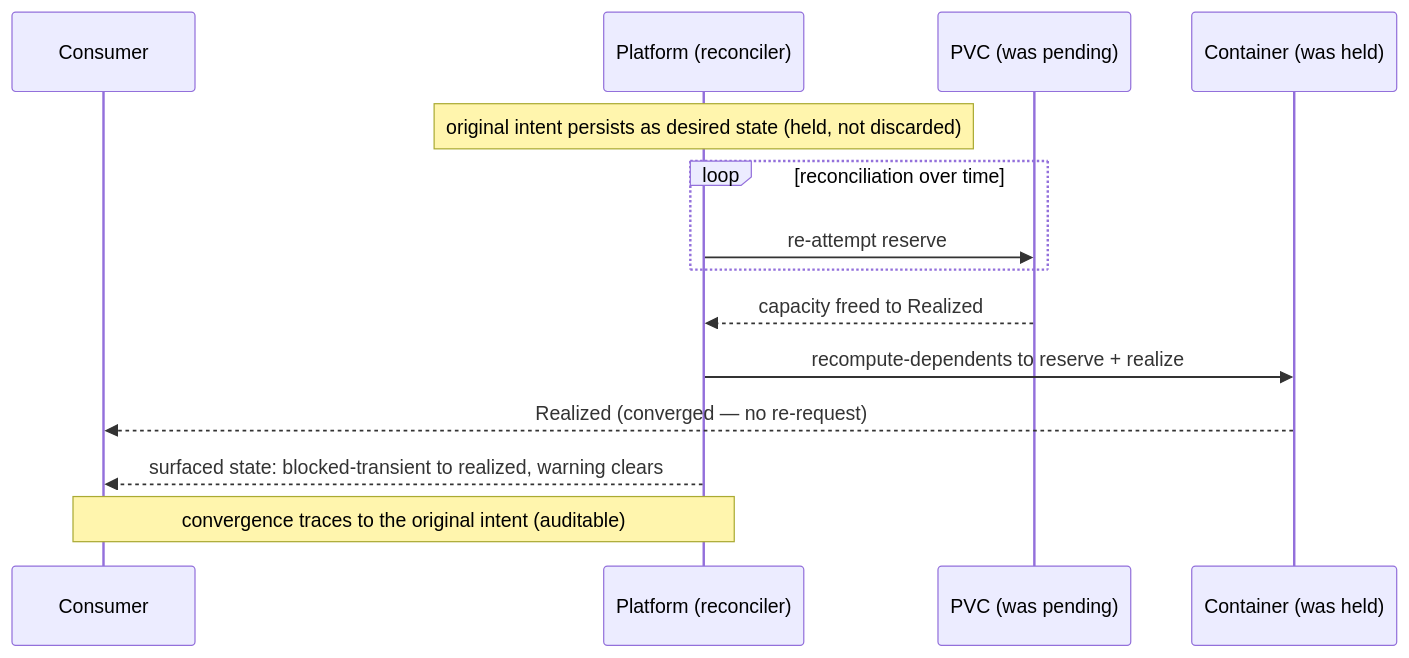
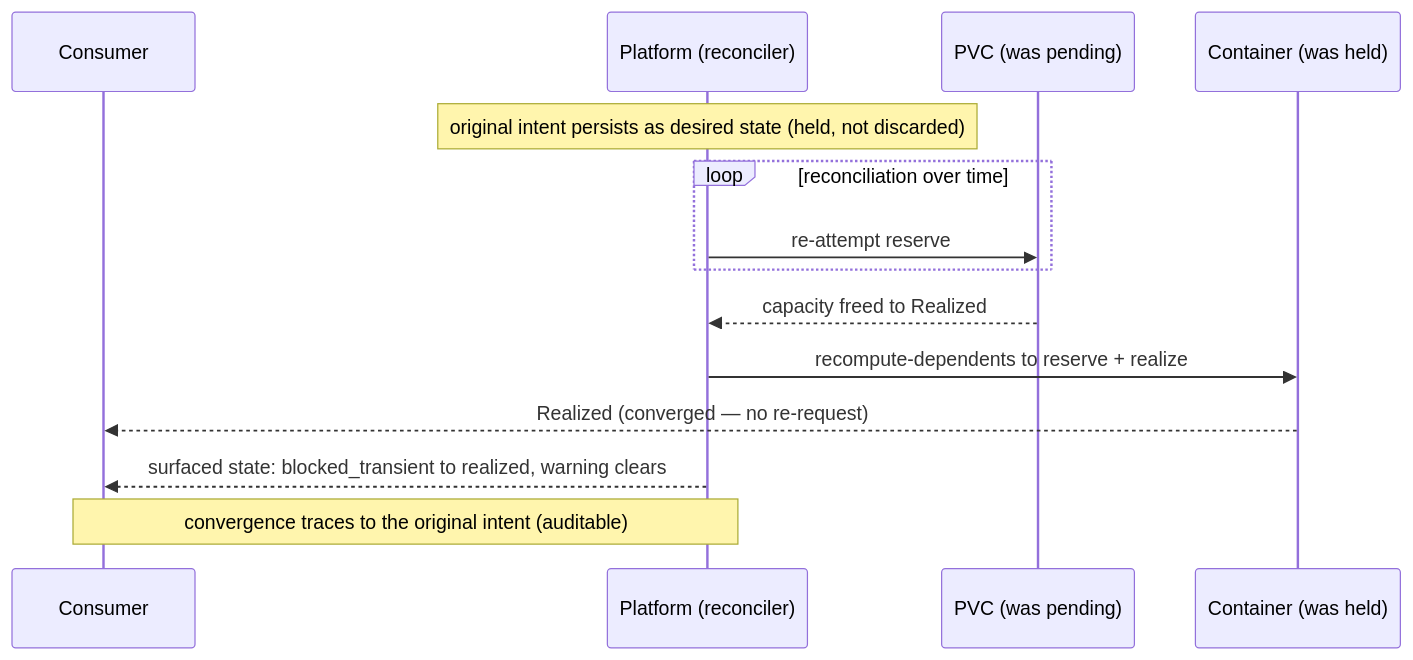
Before and after one commit to croadfeldt/udlm: the diagram in docs/flows/intent-fulfillment-pending-converges-later.md, drawn with Mermaid. The commit also changed other lines of this file and 204 other files, not shown here.

First line of the commit message:
Record-schema values to snake_case (#657, row 120)

````diff
--- a/docs/flows/intent-fulfillment-pending-converges-later.md
+++ b/docs/flows/intent-fulfillment-pending-converges-later.md
@@ -22,16 +22,16 @@
 ```mermaid
 sequenceDiagram
     participant C as Consumer
     participant P as Platform (reconciler)
     participant PVC as PVC (was pending)
     participant Ct as Container (was held)
     Note over P: original intent persists as desired state (held, not discarded)
     loop reconciliation over time
         P->>PVC: re-attempt reserve
     end
     PVC-->>P: capacity freed to Realized
     P->>Ct: recompute-dependents to reserve + realize
     Ct-->>C: Realized (converged — no re-request)
-    P-->>C: surfaced state: blocked-transient to realized, warning clears
+    P-->>C: surfaced state: blocked_transient to realized, warning clears
     Note over P,C: convergence traces to the original intent (auditable)
 ```
````
